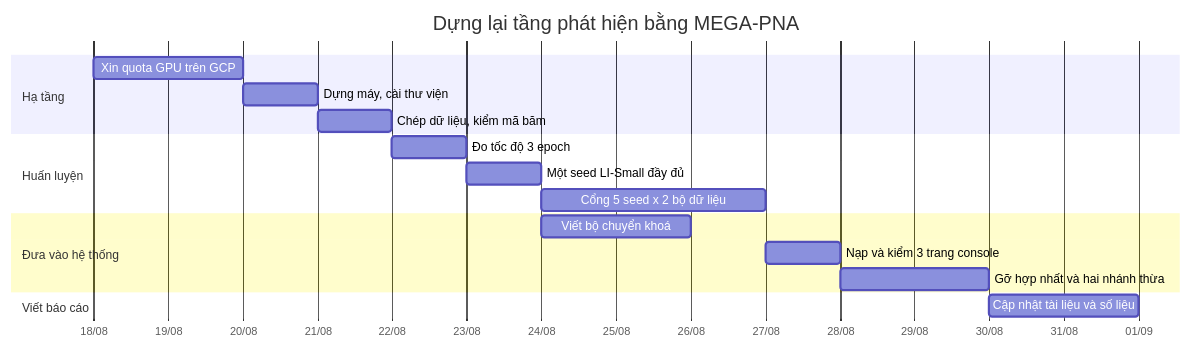
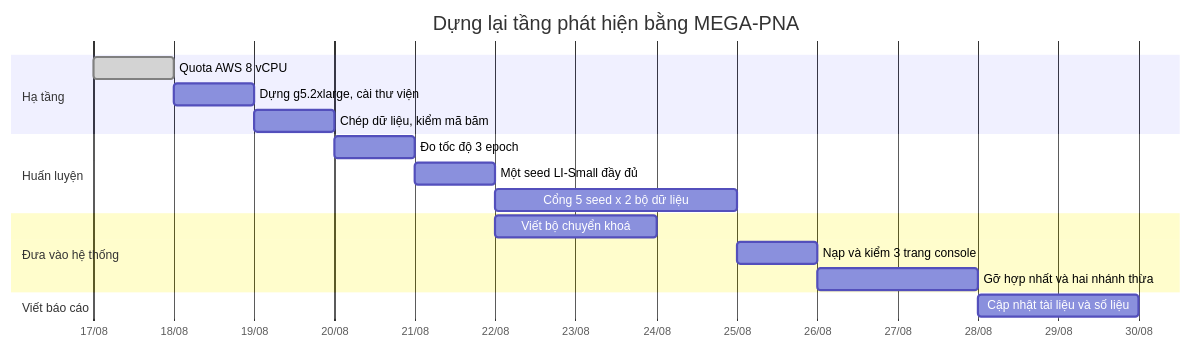
The fourth of 4 diagrams in docs/HUONG_DAN_DUNG_LAI_MODEL.md (fiezen13/aml-monitoring-investigation-system), drawn with Mermaid before and after one commit. The commit also changed other lines of this file, not shown here.

First line of the commit message:
docs: viết lại phần môi trường theo hạn mức AWS vừa được duyệt

````diff
--- a/docs/HUONG_DAN_DUNG_LAI_MODEL.md
+++ b/docs/HUONG_DAN_DUNG_LAI_MODEL.md
@@ -558,24 +640,24 @@
 ```mermaid
 gantt
     dateFormat YYYY-MM-DD
     axisFormat %d/%m
     title Dựng lại tầng phát hiện bằng MEGA-PNA
 
     section Hạ tầng
-    Xin quota GPU trên GCP        :a1, 2026-08-18, 2d
-    Dựng máy, cài thư viện        :a2, after a1, 1d
+    Quota AWS 8 vCPU              :done, a0, 2026-08-17, 1d
+    Dựng g5.2xlarge, cài thư viện :a2, 2026-08-18, 1d
     Chép dữ liệu, kiểm mã băm     :a3, after a2, 1d
 
     section Huấn luyện
     Đo tốc độ 3 epoch             :b1, after a3, 1d
     Một seed LI-Small đầy đủ      :b2, after b1, 1d
     Cổng 5 seed x 2 bộ dữ liệu    :b3, after b2, 3d
 
     section Đưa vào hệ thống
     Viết bộ chuyển khoá           :c1, after b2, 2d
     Nạp và kiểm 3 trang console   :c2, after b3, 1d
     Gỡ hợp nhất và hai nhánh thừa :c3, after c2, 2d
 
     section Viết báo cáo
     Cập nhật tài liệu và số liệu  :d1, after c3, 2d
 ```
````
